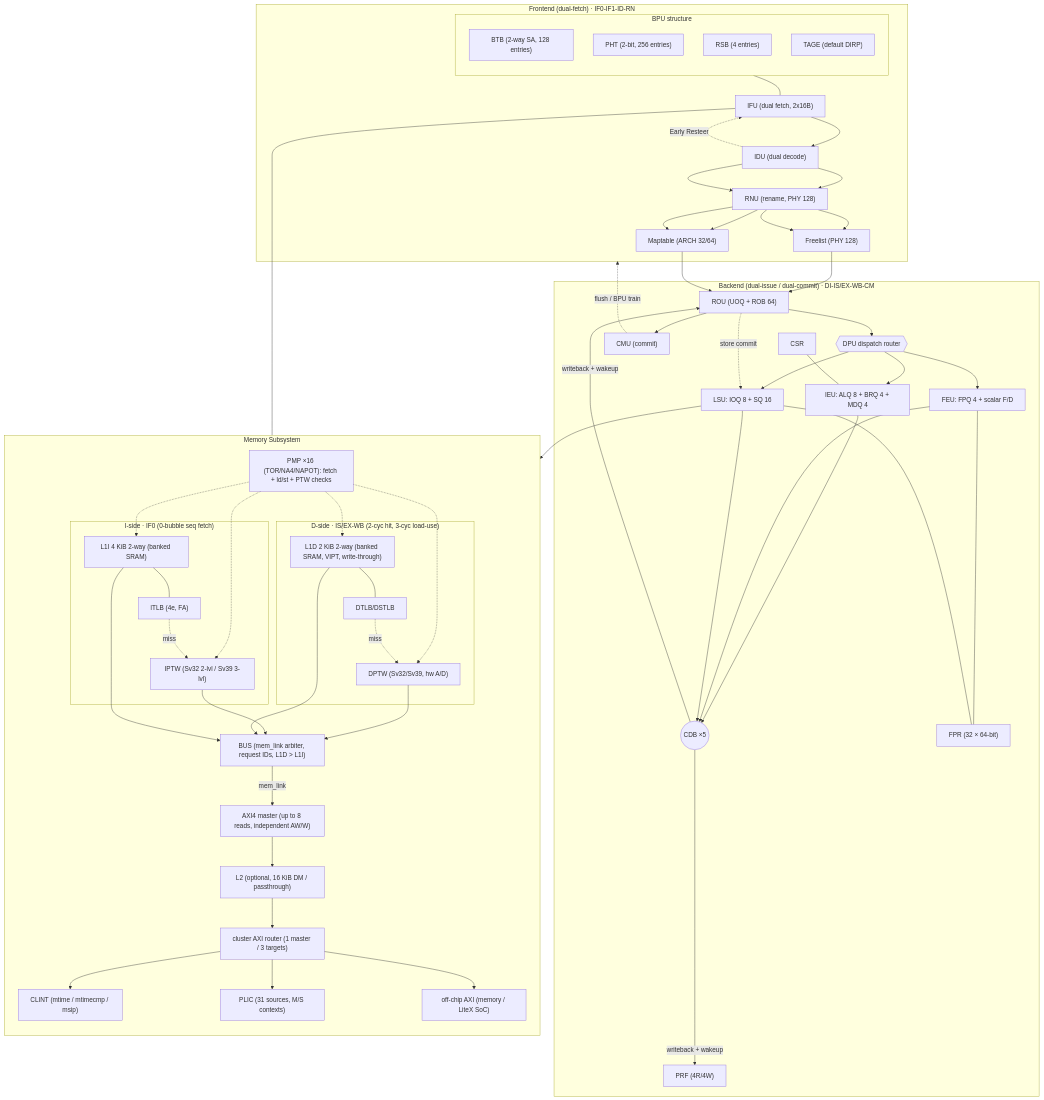
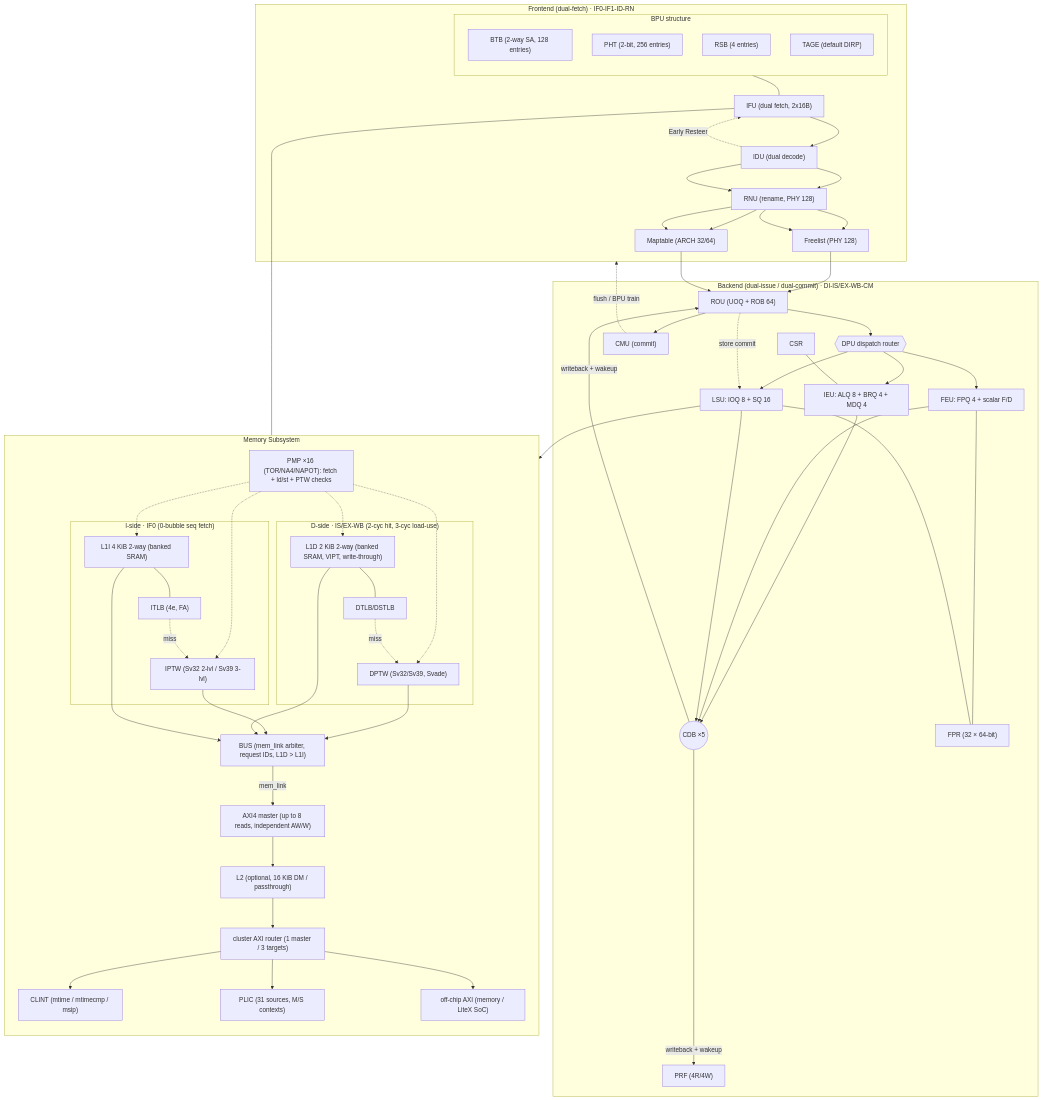
Before and after one commit to Kingfish404/raptor-chip: the diagram in README.md, drawn with Mermaid. The commit also changed other lines of this file and 197 other files, not shown here.

````diff
--- a/README.md
+++ b/README.md
@@ -43,74 +47,74 @@
 ```mermaid
 flowchart TD
   subgraph BPU["BPU structure"]
     direction TD
     BTB["BTB (2-way SA, 128 entries)"]
     PHT["PHT (2-bit, 256 entries)"]
     RSB["RSB (4 entries)"]
     TAGE["TAGE (default DIRP)"]
   end
   subgraph FE["Frontend (dual-fetch) · IF0-IF1-ID-RN"]
     BPU["BPU (TAGE/BTB/RSB)"]
     IFU["IFU (dual fetch, 2x16B)"]
     IDU["IDU (dual decode)"]
     RNU["RNU (rename, PHY 128)"]
     FL["Freelist (PHY 128)"]
     MAP["Maptable (ARCH 32/64)"]
   end
   subgraph BE["Backend (dual-issue / dual-commit) · DI-IS/EX-WB-CM"]
     ROU["ROU (UOQ + ROB 64)"]
     DPU{{"DPU dispatch router"}}
     IEU["IEU: ALQ 8 + BRQ 4 + MDQ 4"]
     FEU["FEU: FPQ 4 + scalar F/D"]
     LSU["LSU: IOQ 8 + SQ 16"]
     CDB(("CDB ×5"))
     PRF["PRF (4R/4W)"]
     FPR["FPR (32 × 64-bit)"]
     CMU["CMU (commit)"]
     CSR
   end
   subgraph MEM["Memory Subsystem"]
     direction TD
     subgraph IMEM["I-side · IF0 (0-bubble seq fetch)"]
       L1I["L1I 4 KiB 2-way (banked SRAM)"]
       ITLB["ITLB (4e, FA)"]
       IPTW["IPTW (Sv32 2-lvl / Sv39 3-lvl)"]
     end
     subgraph DMEM["D-side · IS/EX-WB (2-cyc hit, 3-cyc load-use)"]
       L1D["L1D 2 KiB 2-way (banked SRAM, VIPT, write-through)"]
       DTLB["DTLB/DSTLB"]
-      DPTW["DPTW (Sv32/Sv39, hw A/D)"]
+      DPTW["DPTW (Sv32/Sv39, Svade)"]
     end
     PMPC["PMP ×16 (TOR/NA4/NAPOT): fetch + ld/st + PTW checks"]
     BUS["BUS (mem_link arbiter, request IDs, L1D > L1I)"]
     AXIM["AXI4 master (up to 8 reads, independent AW/W)"]
     L2["L2 (optional, 16 KiB DM / passthrough)"]
     RTR["cluster AXI router (1 master / 3 targets)"]
     CLINT["CLINT (mtime / mtimecmp / msip)"]
     PLIC["PLIC (31 sources, M/S contexts)"]
     EXT["off-chip AXI (memory / LiteX SoC)"]
   end
   BPU --- IFU
   IFU --> IDU --> RNU --> FL & MAP
   IDU -."Early Resteer".-> IFU
   IDU --> RNU --> FL & MAP --> ROU --> DPU
   DPU --> IEU & FEU & LSU
   IEU & FEU & LSU --> CDB
   CDB -->|"writeback + wakeup"| ROU & PRF
   FEU --- FPR
   LSU --- FPR
   ROU --> CMU
   ROU -."store commit".-> LSU
   CMU -."flush / BPU train".-> FE
   CSR --- IEU
   IFU --- L1I
   L1I --- ITLB
   ITLB -."miss".-> IPTW
   LSU --> L1D
   L1D --- DTLB
   DTLB -."miss".-> DPTW
   PMPC -.-> L1I & L1D & IPTW & DPTW
   L1I & L1D & IPTW & DPTW --> BUS
   BUS -->|mem_link| AXIM --> L2 --> RTR
   RTR --> CLINT & PLIC & EXT
 ```
````
